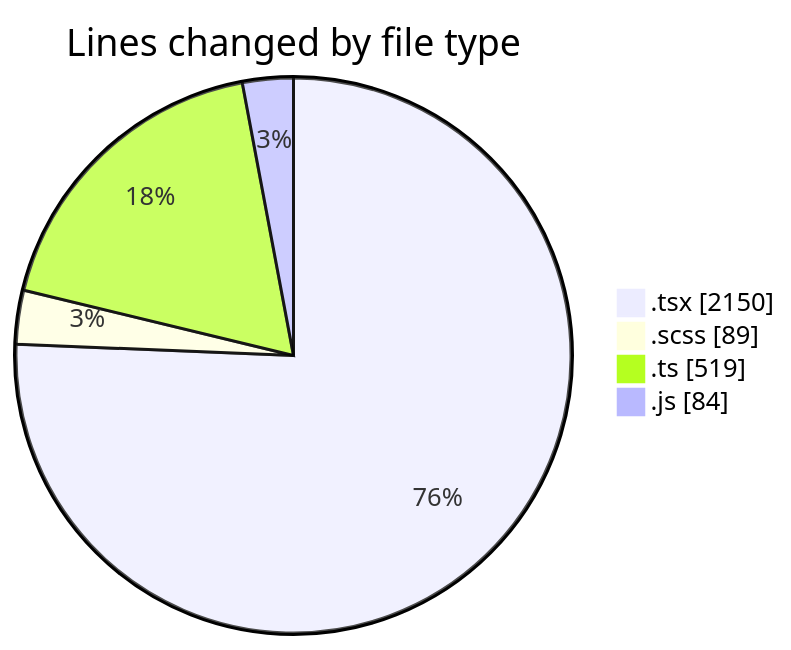
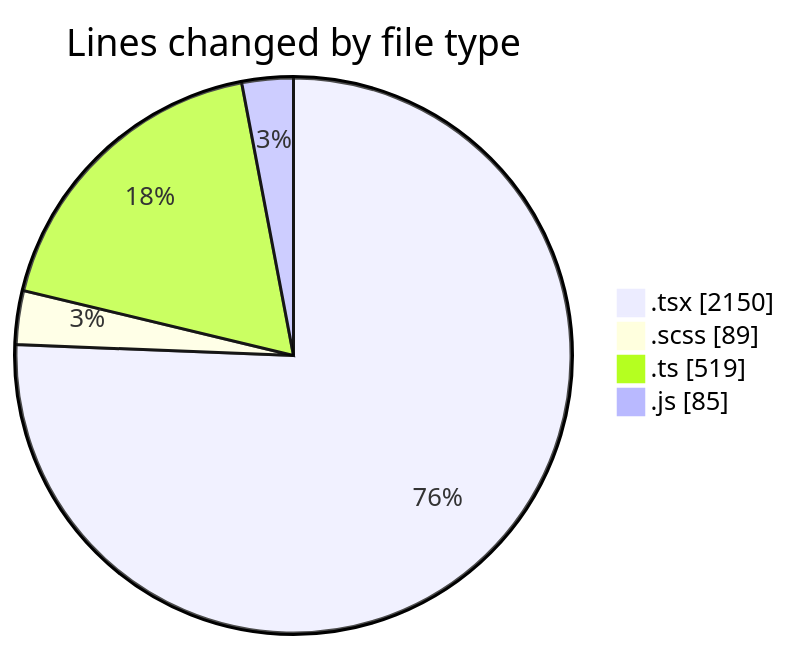
One commit to momahboobian/code-tracking changed the first of 2 diagrams in 2025-06-17/cda/README.md. Above: the diagram before and after it, drawn with Mermaid. The commit also changed other lines of this file and 1 other file, not shown here.

````diff
--- a/2025-06-17/cda/README.md
+++ b/2025-06-17/cda/README.md
@@ -26,8 +26,8 @@
 ```mermaid
 pie showData
 title Lines changed by file type
 ".tsx" : 2150
 ".scss" : 89
 ".ts" : 519
-".js" : 84
+".js" : 85
 ```
````
